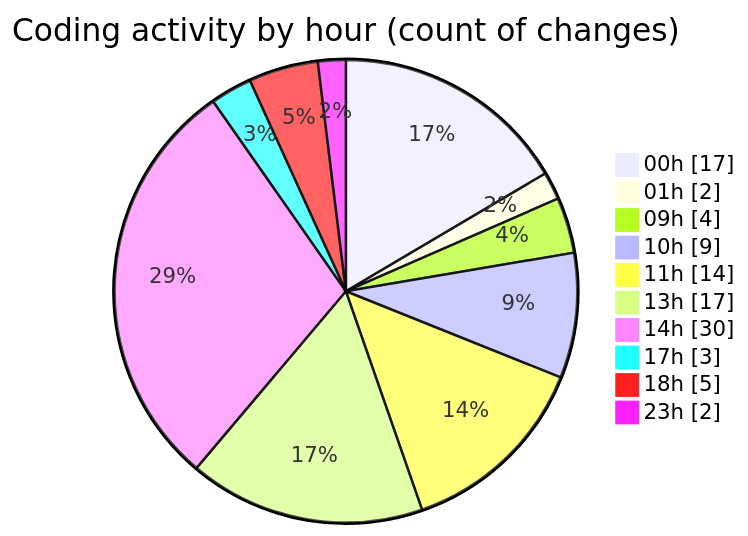
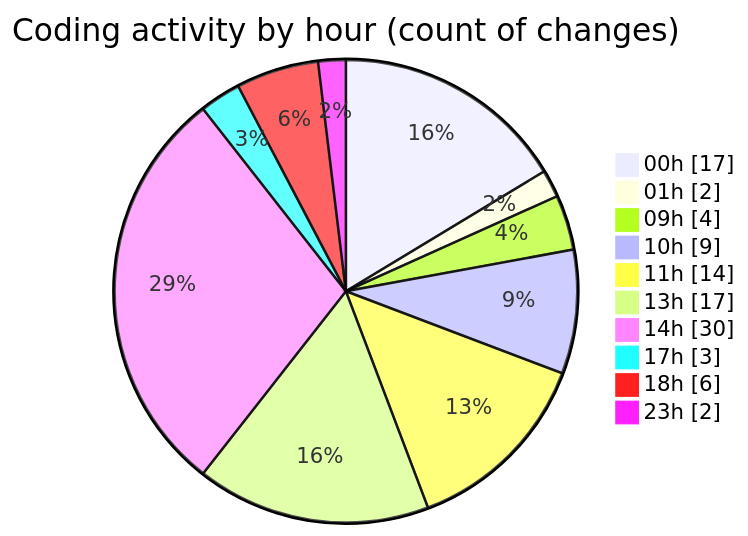
One commit to julien-gomy/code-tracking changed the second of 2 diagrams in 2025-10-29/eventscop-frontend-guide__workspace_/README.md. Above: the diagram before and after it, drawn with Mermaid. The commit also changed other lines of this file and 1 other file, not shown here.

````diff
--- a/2025-10-29/eventscop-frontend-guide__workspace_/README.md
+++ b/2025-10-29/eventscop-frontend-guide__workspace_/README.md
@@ -60,14 +61,14 @@
 ```mermaid
 pie showData
 title Coding activity by hour (count of changes)
 "00h" : 17
 "01h" : 2
 "09h" : 4
 "10h" : 9
 "11h" : 14
 "13h" : 17
 "14h" : 30
 "17h" : 3
-"18h" : 5
+"18h" : 6
 "23h" : 2
 ```
````
